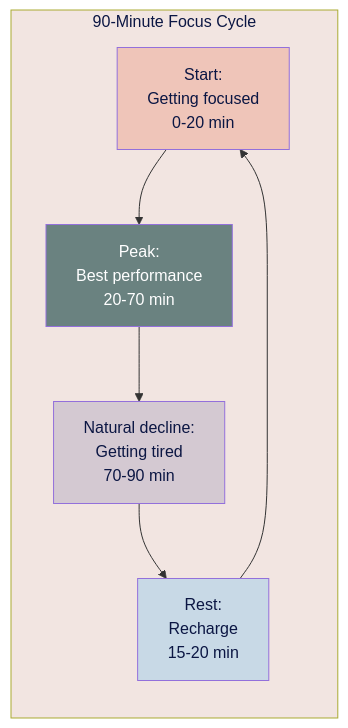
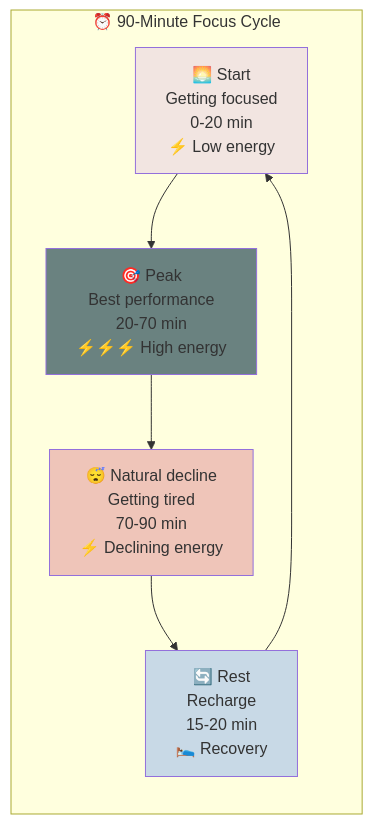
One commit to ninabrenes/ai-for-normal-people changed the second of 5 diagrams in how-to-learn-anything.md. Above: the diagram before and after it, drawn with Mermaid. The commit also changed other lines of this file, not shown here.

````diff
--- a/how-to-learn-anything.md
+++ b/how-to-learn-anything.md
@@ -82,15 +80,19 @@
 ```mermaid
 graph LR
-    subgraph Cycle[90-Minute Focus Cycle]
-        Start[Start:<br/>Getting focused<br/>0-20 min] --> Peak[Peak:<br/>Best performance<br/>20-70 min]
-        Peak --> Decline[Natural decline:<br/>Getting tired<br/>70-90 min]
-        Decline --> Rest[Rest:<br/>Recharge<br/>15-20 min]
-        Rest --> Start
+    subgraph Cycle[⏰ 90-Minute Focus Cycle]
+        Start[🌅 Start<br/>Getting focused<br/>0-20 min<br/>⚡ Low energy] 
+        Peak[🎯 Peak<br/>Best performance<br/>20-70 min<br/>⚡⚡⚡ High energy]
+        Decline[😴 Natural decline<br/>Getting tired<br/>70-90 min<br/>⚡ Declining energy]
+        Rest[🔄 Rest<br/>Recharge<br/>15-20 min<br/>🛌 Recovery]
     end
     
-    style Start fill:#efc5b9,color:#0b1643
-    style Peak fill:#6a8280,color:#ffffff
-    style Decline fill:#d4c9d2,color:#0b1643
-    style Rest fill:#c8d9e6,color:#0b1643
-    style Cycle fill:#f2e5e1,color:#0b1643
+    Start --> Peak
+    Peak --> Decline  
+    Decline --> Rest
+    Rest --> Start
+    
+    style Start fill:#f2e5e1
+    style Peak fill:#6a8280
+    style Decline fill:#efc5b9
+    style Rest fill:#c8d9e6
 ```
````
